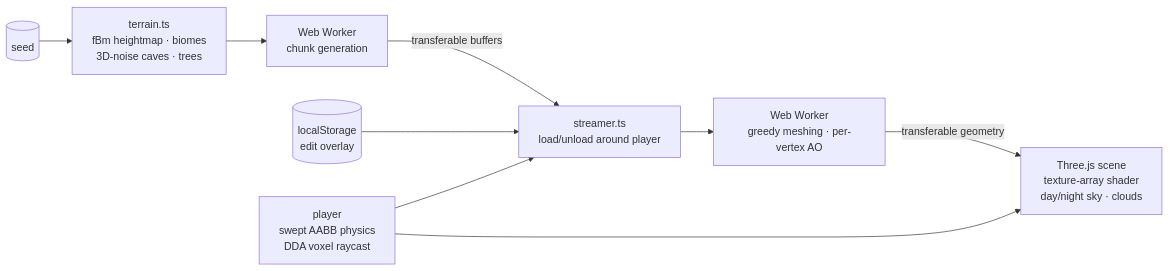
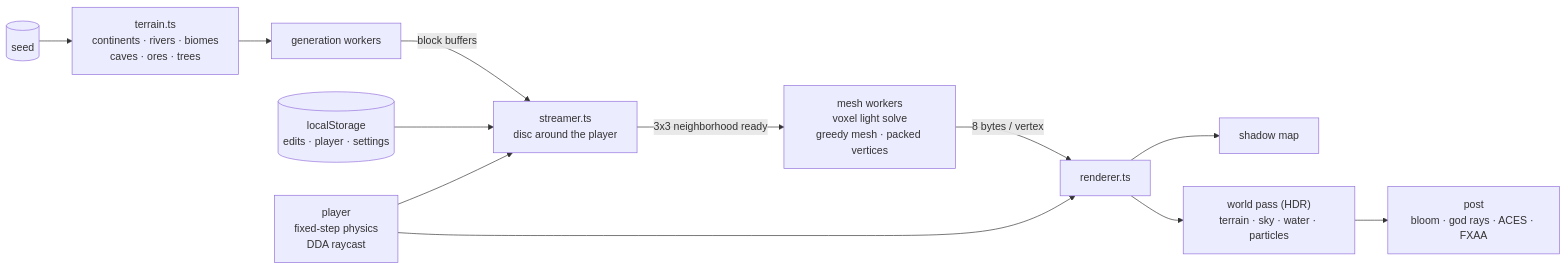
Before and after one commit to Vincent-P-essy/minecraft-clone: the diagram in README.md, drawn with Mermaid. The commit also changed other lines of this file and 25 other files, not shown here.

````diff
--- a/README.md
+++ b/README.md
@@ -52,11 +62,14 @@
 ```mermaid
 flowchart LR
-    S[("seed")] --> T["terrain.ts<br/>fBm heightmap · biomes<br/>3D-noise caves · trees"]
-    T --> W["Web Worker<br/>chunk generation"]
-    W -->|transferable buffers| ST["streamer.ts<br/>load/unload around player"]
-    E[("localStorage<br/>edit overlay")] --> ST
-    ST --> M["Web Worker<br/>greedy meshing · per-vertex AO"]
-    M -->|transferable geometry| R["Three.js scene<br/>texture-array shader<br/>day/night sky · clouds"]
-    P["player<br/>swept AABB physics<br/>DDA voxel raycast"] --> ST
-    P --> R
+    S[("seed")] --> T["terrain.ts<br/>continents · rivers · biomes<br/>caves · ores · trees"]
+    T --> G["generation workers"]
+    G -->|block buffers| ST["streamer.ts<br/>disc around the player"]
+    E[("localStorage<br/>edits · player · settings")] --> ST
+    ST -->|3x3 neighborhood ready| M["mesh workers<br/>voxel light solve<br/>greedy mesh · packed vertices"]
+    M -->|8 bytes / vertex| R["renderer.ts"]
+    R --> SH["shadow map"]
+    R --> W["world pass (HDR)<br/>terrain · sky · water · particles"]
+    W --> P["post<br/>bloom · god rays · ACES · FXAA"]
+    PL["player<br/>fixed-step physics<br/>DDA raycast"] --> ST
+    PL --> R
 ```
````
